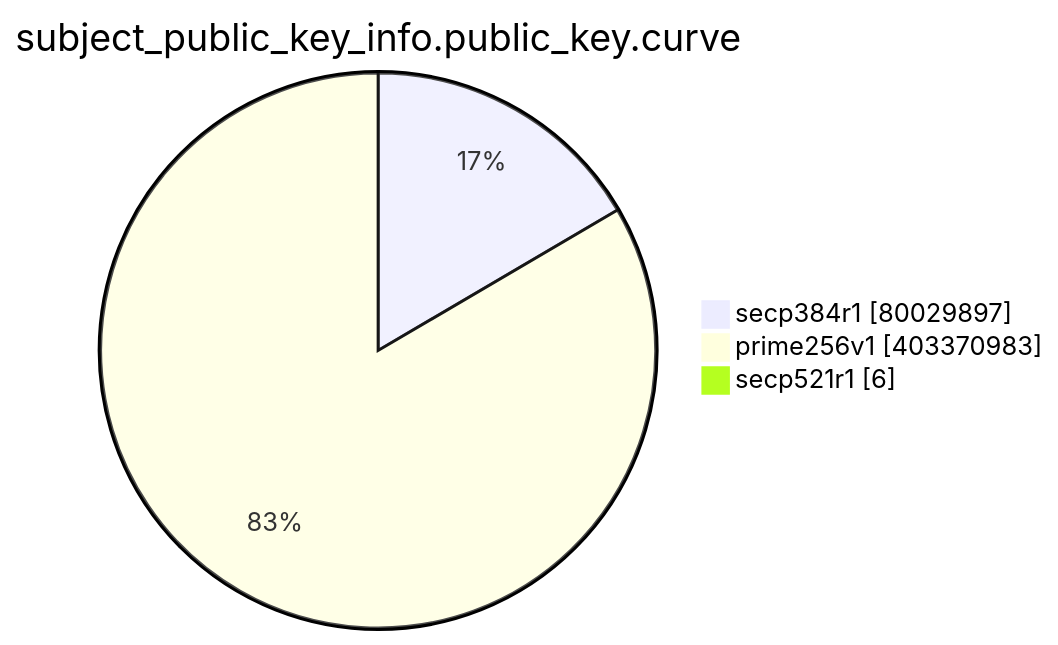
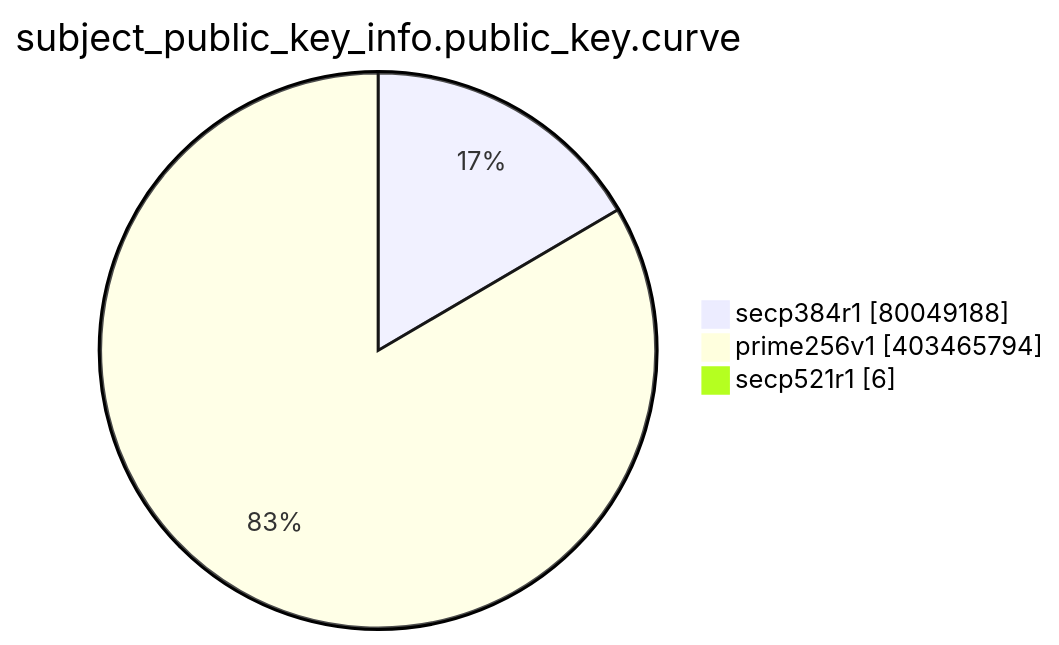
One commit to christiankrug/ctmonitor_visualization changed the eighth of 15 diagrams in TOTAL/README.md. Above: the diagram before and after it, drawn with Mermaid. The commit also changed other lines of this file, not shown here.

````diff
--- a/TOTAL/README.md
+++ b/TOTAL/README.md
@@ -3095,7 +3095,7 @@
 ```mermaid
 pie showData
 title subject_public_key_info.public_key.curve
-"secp384r1" :80029897
-"prime256v1" :403370983
+"secp384r1" :80049188
+"prime256v1" :403465794
 "secp521r1" :6
 ```
````
